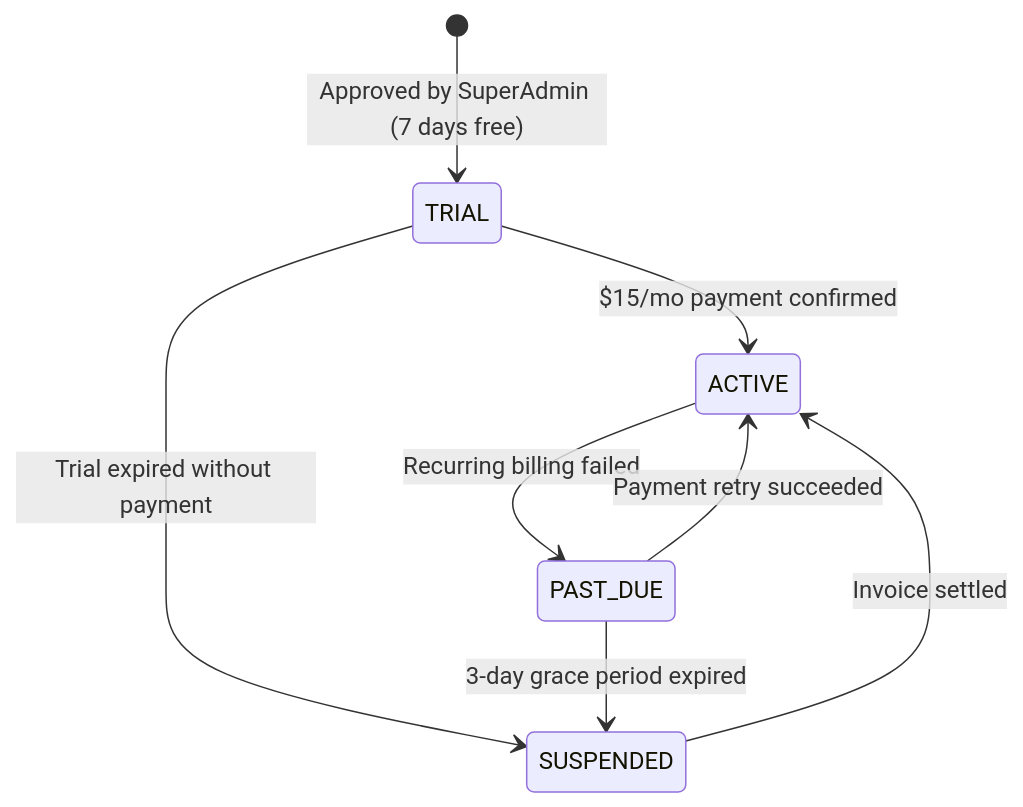
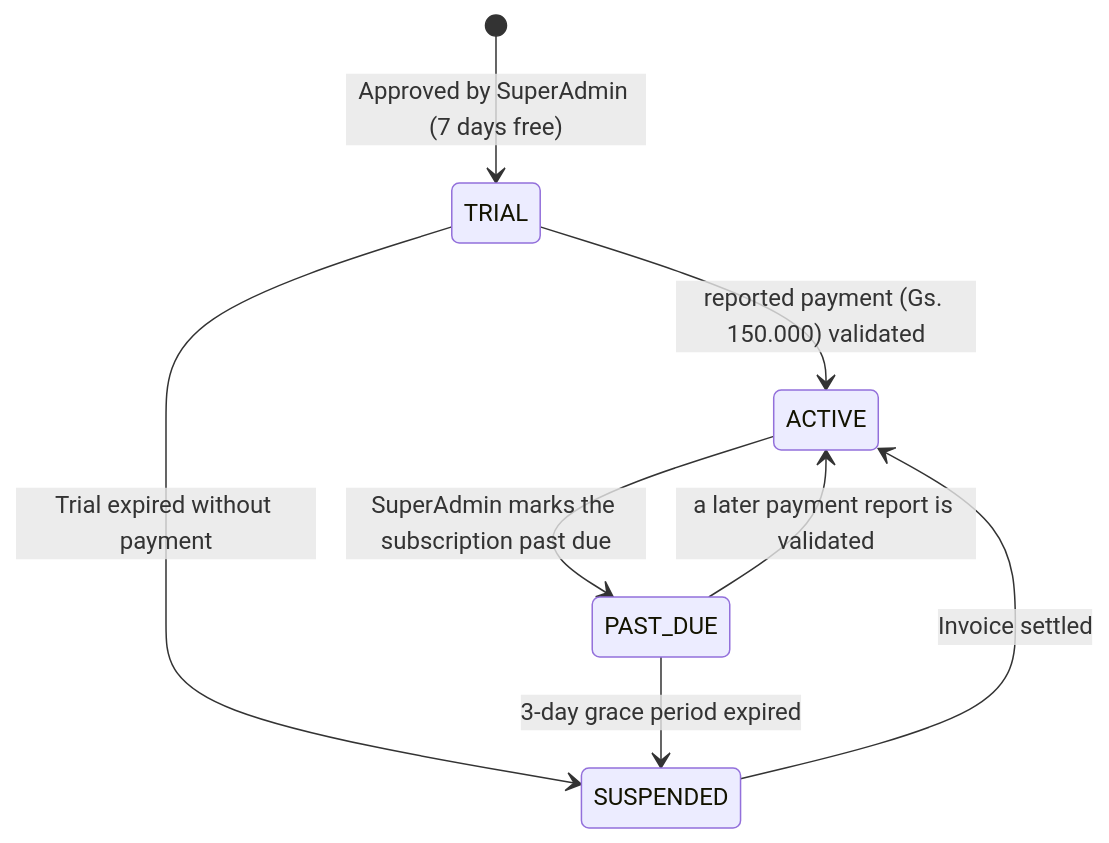
One commit to fugc123/validador-pymes-saas changed the second of 2 diagrams in docs/sdd/spec.md. Above: the diagram before and after it, drawn with Mermaid. The commit also changed other lines of this file and 27 other files, not shown here.

````diff
--- a/docs/sdd/spec.md
+++ b/docs/sdd/spec.md
@@ -148,10 +156,10 @@
 ```mermaid
 stateDiagram-v2
     [*] --> TRIAL: Approved by SuperAdmin (7 days free)
-    TRIAL --> ACTIVE: $15/mo payment confirmed
+    TRIAL --> ACTIVE: reported payment (Gs. 150.000) validated
     TRIAL --> SUSPENDED: Trial expired without payment
-    ACTIVE --> PAST_DUE: Recurring billing failed
-    PAST_DUE --> ACTIVE: Payment retry succeeded
+    ACTIVE --> PAST_DUE: SuperAdmin marks the subscription past due
+    PAST_DUE --> ACTIVE: a later payment report is validated
     PAST_DUE --> SUSPENDED: 3-day grace period expired
     SUSPENDED --> ACTIVE: Invoice settled
 ```
````
